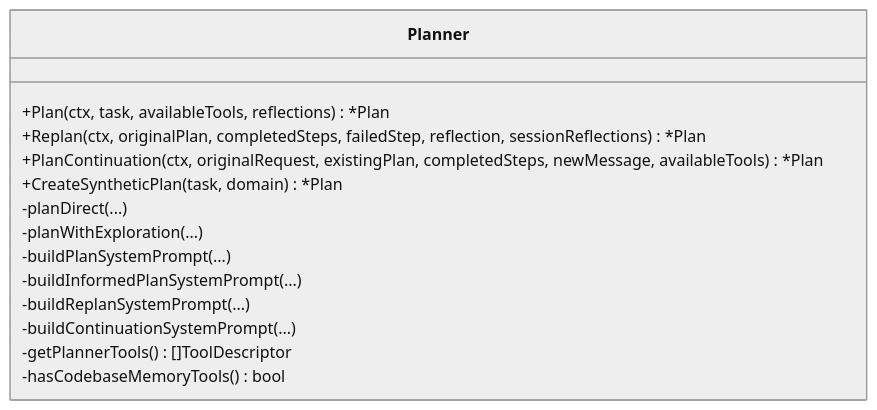
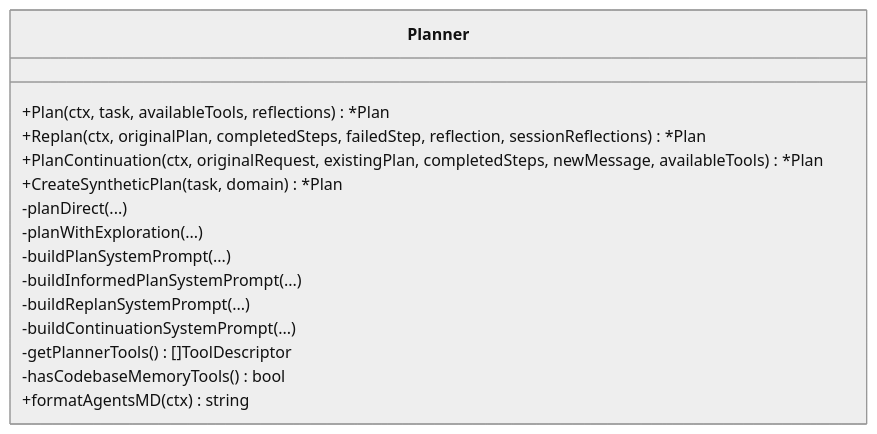
Before and after one commit to v0lka/c0wrk: the third of 10 diagrams in .qoder/repowiki/en/content/Core AI Engine/Planner System.md, drawn with Mermaid (neutral theme). The commit also changed other lines of this file and 80 other files, not shown here.

````diff
--- a/.qoder/repowiki/en/content/Core AI Engine/Planner System.md
+++ b/.qoder/repowiki/en/content/Core AI Engine/Planner System.md
@@ -169,17 +192,18 @@
 ```mermaid
 classDiagram
 class Planner {
 +Plan(ctx, task, availableTools, reflections) *Plan
 +Replan(ctx, originalPlan, completedSteps, failedStep, reflection, sessionReflections) *Plan
 +PlanContinuation(ctx, originalRequest, existingPlan, completedSteps, newMessage, availableTools) *Plan
 +CreateSyntheticPlan(task, domain) *Plan
 -planDirect(...)
 -planWithExploration(...)
 -buildPlanSystemPrompt(...)
 -buildInformedPlanSystemPrompt(...)
 -buildReplanSystemPrompt(...)
 -buildContinuationSystemPrompt(...)
 -getPlannerTools() []ToolDescriptor
 -hasCodebaseMemoryTools() bool
++formatAgentsMD(ctx) string
 }
 ```
````
